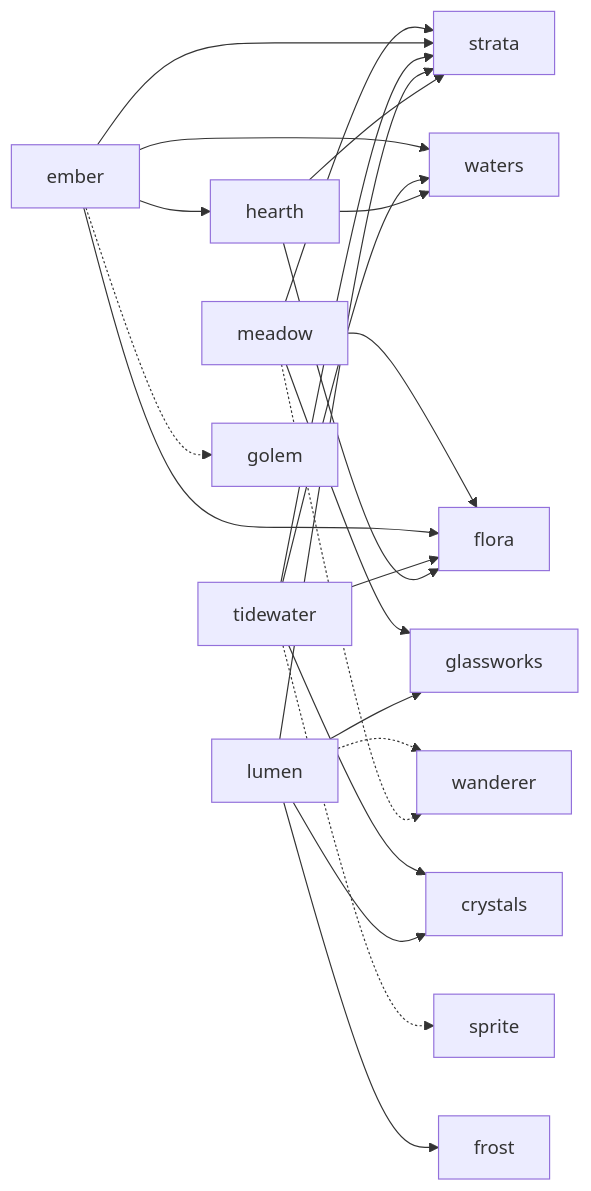
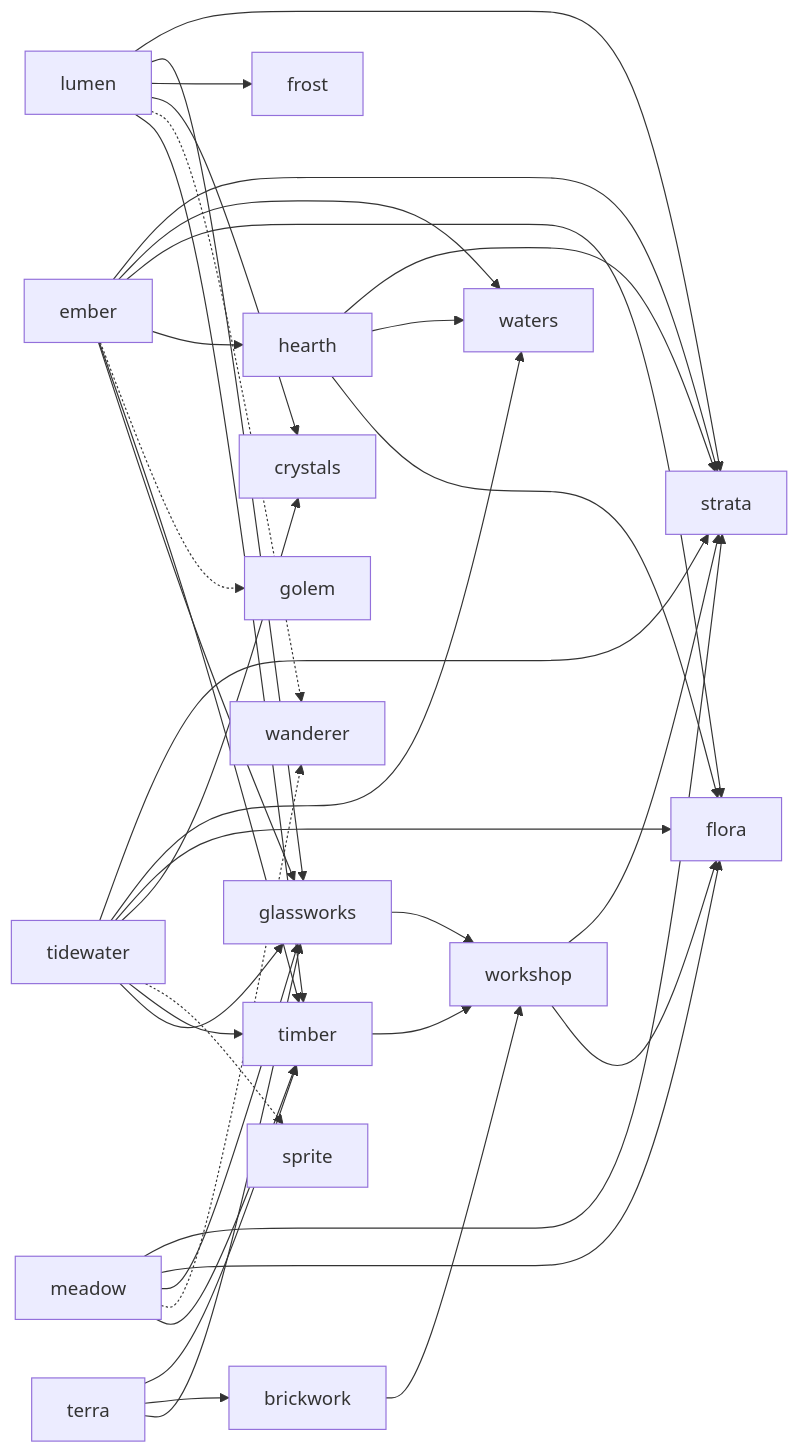
The diagram in docs/demo-games.md (mkappworks-dev/tesserae), drawn with Mermaid before and after one commit. The commit also changed other lines of this file and 9 other files, not shown here.

````diff
--- a/docs/demo-games.md
+++ b/docs/demo-games.md
@@ -77,25 +78,39 @@
 ```mermaid
 graph LR
   meadow --> strata
   meadow --> flora
   meadow --> glassworks
   ember --> strata
   ember --> waters
   ember --> flora
   ember --> hearth
   tidewater --> strata
   tidewater --> waters
   tidewater --> flora
   tidewater --> crystals
   lumen --> strata
   lumen --> glassworks
   lumen --> frost
   lumen --> crystals
   lumen -.-> wanderer
   meadow -.-> wanderer
   ember -.-> golem
   tidewater -.-> sprite
   hearth --> strata
   hearth --> waters
   hearth --> flora
+  terra --> timber
+  terra --> brickwork
+  terra --> glassworks
+  meadow --> timber
+  ember --> timber
+  ember --> glassworks
+  tidewater --> timber
+  tidewater --> glassworks
+  lumen --> timber
+  timber --> workshop
+  brickwork --> workshop
+  glassworks --> workshop
+  workshop --> strata
+  workshop --> flora
 ```
````
